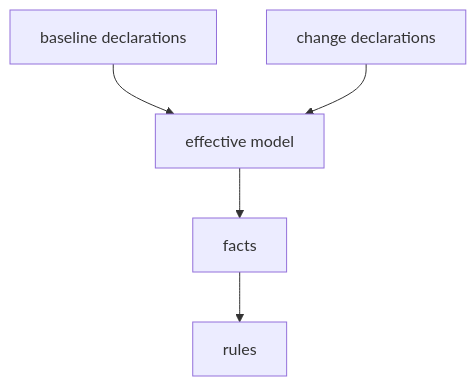
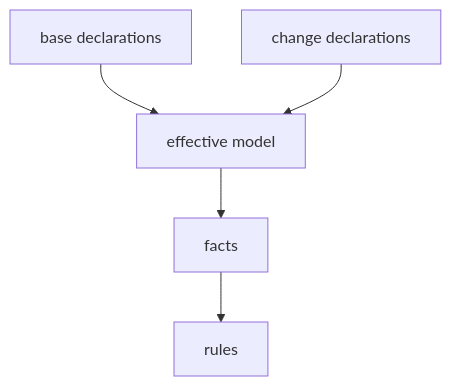
The second of 3 diagrams in docs-site/src/content/docs/inside-shape/checker-pipeline.md (timbrinded/shapelang), drawn with Mermaid before and after one commit. The commit also changed other lines of this file and 26 other files, not shown here.

````diff
--- a/docs-site/src/content/docs/inside-shape/checker-pipeline.md
+++ b/docs-site/src/content/docs/inside-shape/checker-pipeline.md
@@ -72,7 +72,7 @@
 ```mermaid
 flowchart TD
-  A["baseline declarations"] --> C["effective model"]
+  A["base declarations"] --> C["effective model"]
   B["change declarations"] --> C
   C --> D["facts"]
   D --> E["rules"]
 ```
````
